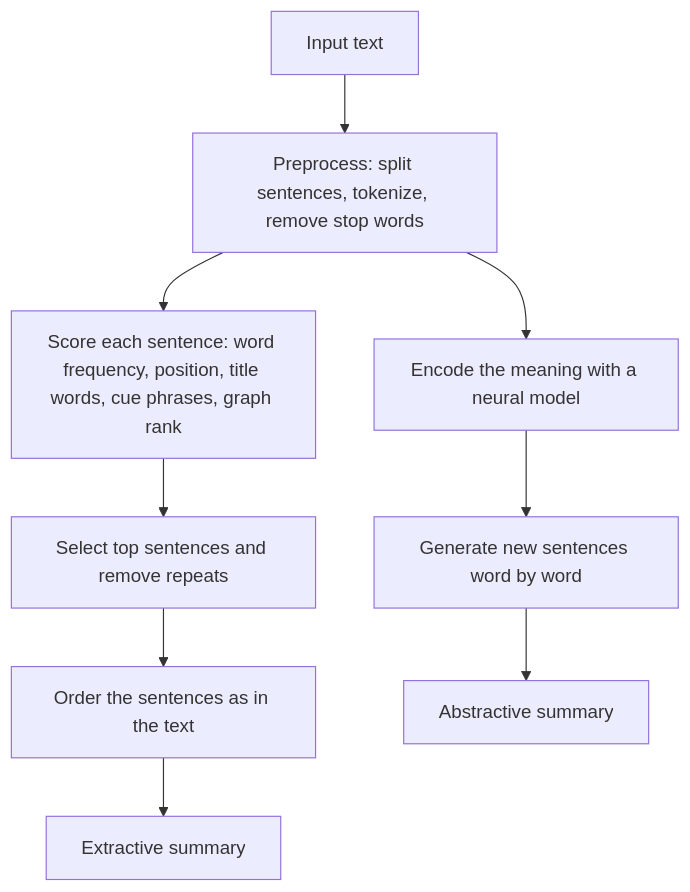
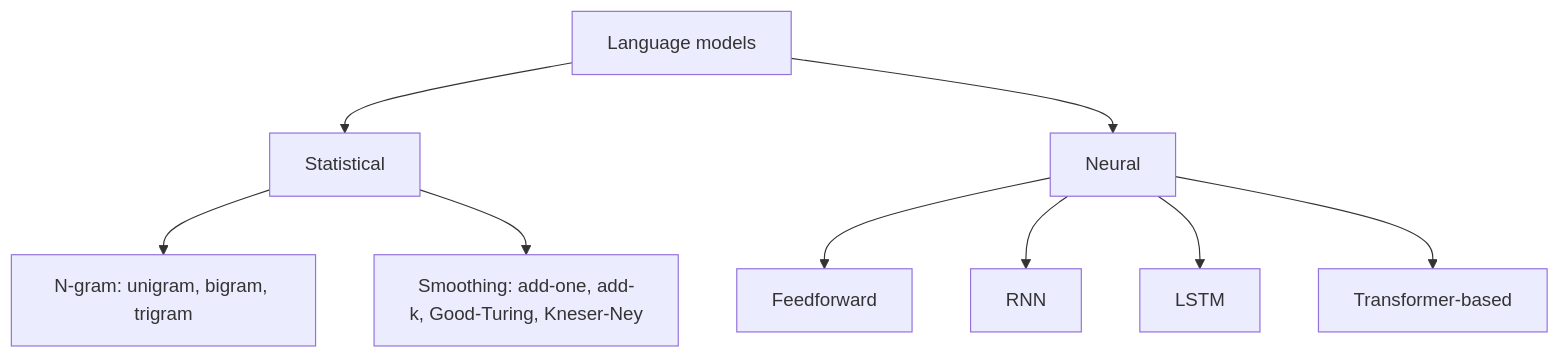
Before and after one commit to TrendySloth1001/sem-seven-notes: the ninth of 9 diagrams in content/natural-language-processing/notes/nlp-applications.hi.mdx, drawn with Mermaid. The commit also changed other lines of this file and 406 other files, not shown here.

````diff
--- a/content/natural-language-processing/notes/nlp-applications.hi.mdx
+++ b/content/natural-language-processing/notes/nlp-applications.hi.mdx
@@ -733,12 +403,12 @@
 ```mermaid
-%% caption: Extractive summarization ki pipeline (upar ka path) abstractive summarization (neeche ka path) ke saath.
-flowchart TB
-  T["Input text"] --> P["Preprocess: split sentences, tokenize, remove stop words"]
-  P --> S["Score each sentence: word frequency, position, title words, cue phrases, graph rank"]
-  S --> SEL["Select top sentences and remove repeats"]
-  SEL --> ORD["Order the sentences as in the text"]
-  ORD --> EX["Extractive summary"]
-  P --> ENC["Encode the meaning with a neural model"]
-  ENC --> GEN["Generate new sentences word by word"]
-  GEN --> AB["Abstractive summary"]
+%% caption: Class slides ke language models ke types.
+flowchart TD
+  L["Language models"] --> S["Statistical"]
+  L --> N["Neural"]
+  S --> S1["N-gram: unigram, bigram, trigram"]
+  S --> S2["Smoothing: add-one, add-k, Good-Turing, Kneser-Ney"]
+  N --> N1["Feedforward"]
+  N --> N2["RNN"]
+  N --> N3["LSTM"]
+  N --> N4["Transformer-based"]
 ```
````
